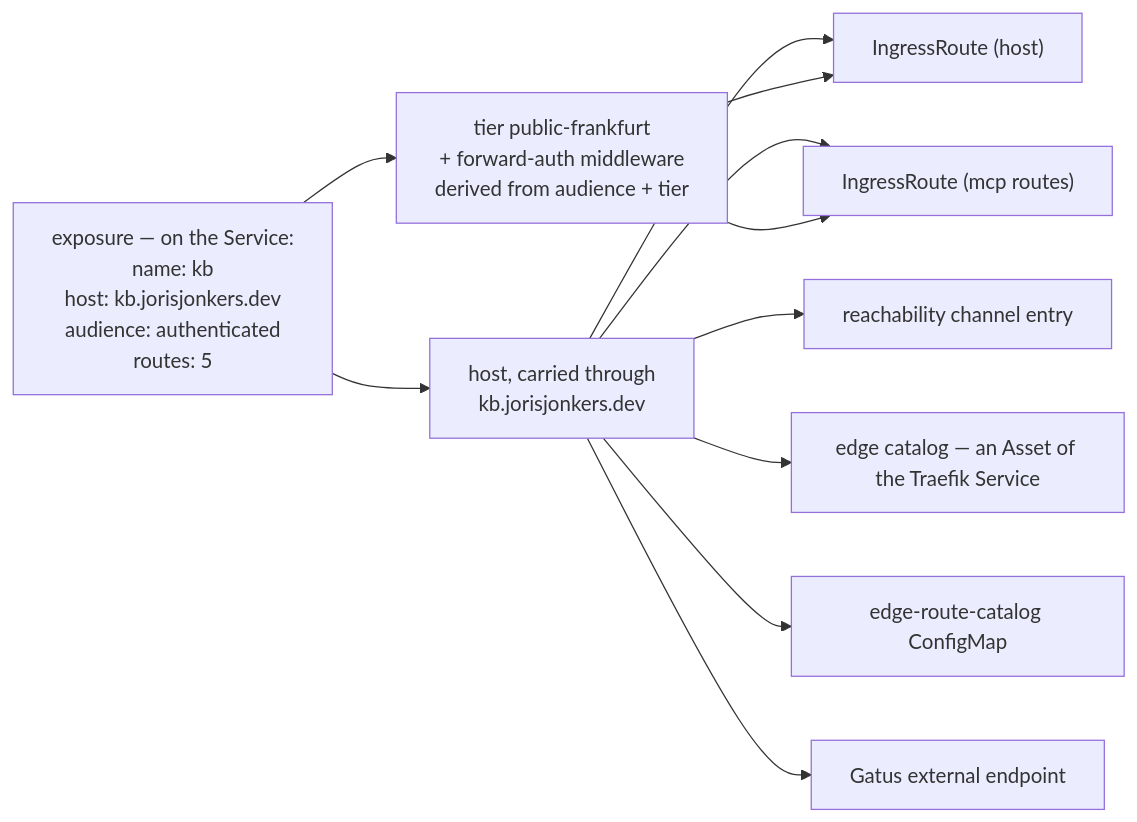
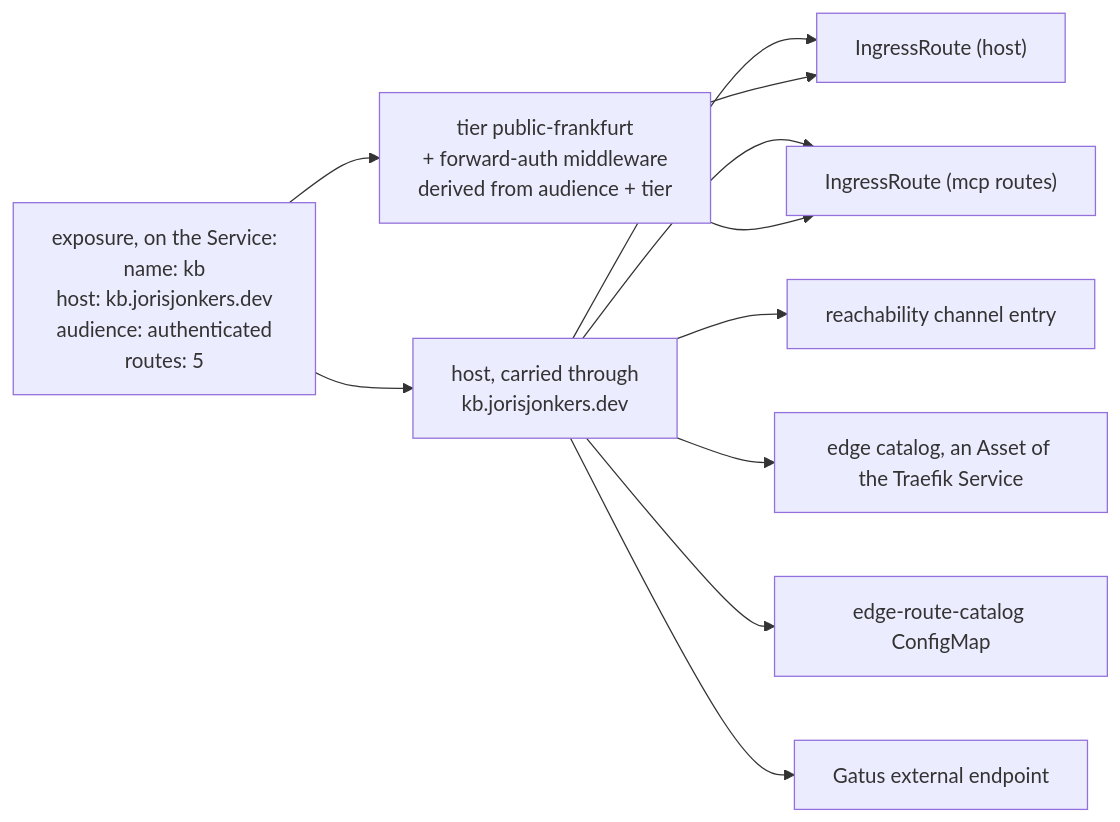
The third of 3 diagrams in spec/v1/16-dependencies.md (JorisJonkers-dev/deploy-kit), drawn with Mermaid before and after one commit. The commit also changed other lines of this file and 155 other files, not shown here.

````diff
--- a/spec/v1/16-dependencies.md
+++ b/spec/v1/16-dependencies.md
@@ -778,16 +776,16 @@
 ```mermaid
 flowchart LR
-    X["exposure — on the Service:<br/>name: kb<br/>host: kb.jorisjonkers.dev<br/>audience: authenticated<br/>routes: 5"]
+    X["exposure, on the Service:<br/>name: kb<br/>host: kb.jorisjonkers.dev<br/>audience: authenticated<br/>routes: 5"]
 
     X --> H["host, carried through<br/>kb.jorisjonkers.dev"]
     X --> T["tier public-frankfurt<br/>+ forward-auth middleware<br/>derived from audience + tier"]
 
     H --> A1["IngressRoute (host)"]
     H --> A2["IngressRoute (mcp routes)"]
     H --> A3["reachability channel entry"]
-    H --> A4["edge catalog — an Asset of the Traefik Service"]
+    H --> A4["edge catalog, an Asset of the Traefik Service"]
     H --> A5["edge-route-catalog ConfigMap"]
     H --> A6["Gatus external endpoint"]
     T --> A1
     T --> A2
 ```
````
